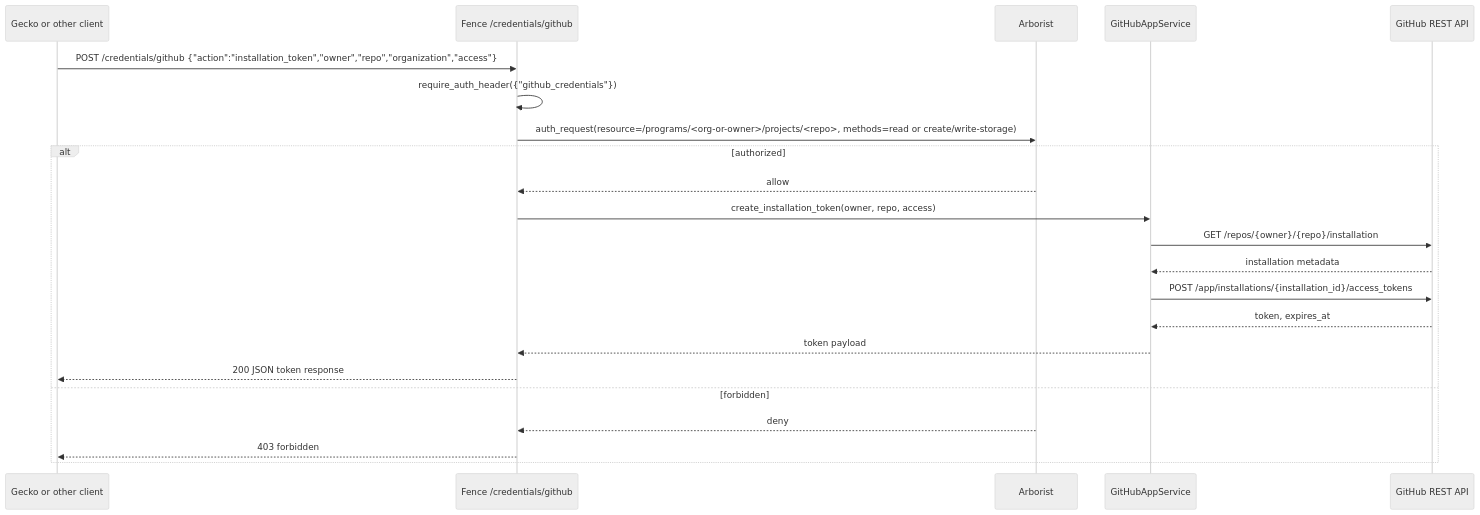
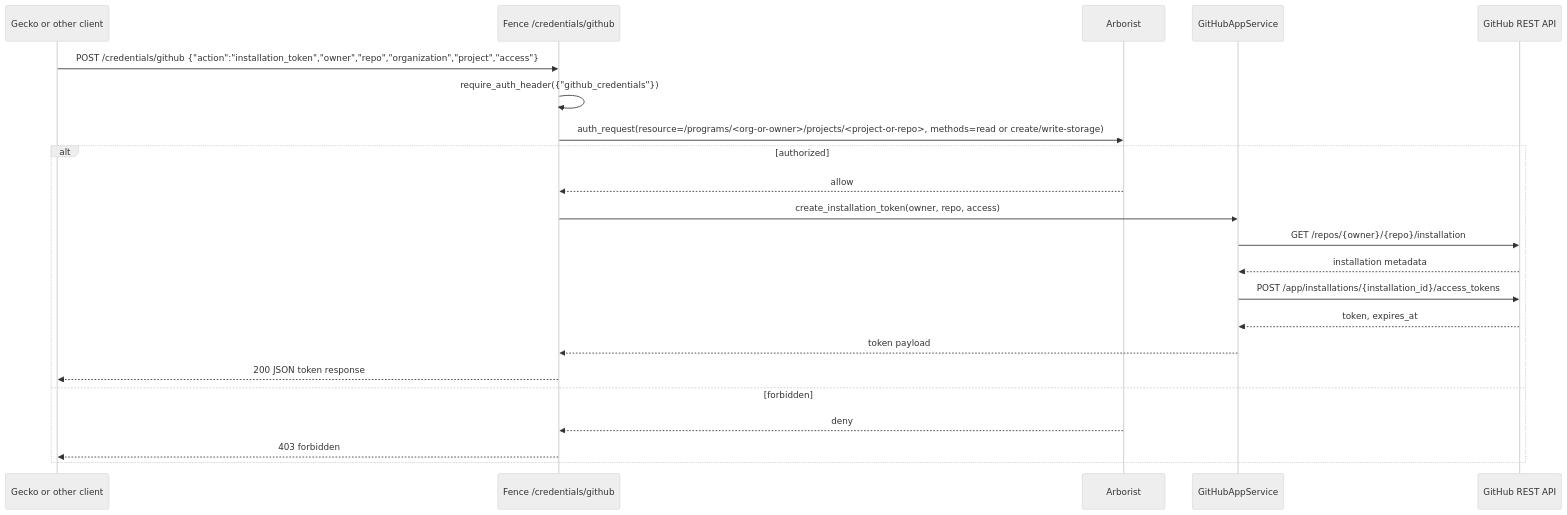
One commit to calypr/fence changed the third of 3 diagrams in docs/additional_documentation/userinfo_authz_snapshot_cache.md. Above: the diagram before and after it, drawn with Mermaid (neutral theme). The commit also changed other lines of this file and 3 other files, not shown here.

````diff
--- a/docs/additional_documentation/userinfo_authz_snapshot_cache.md
+++ b/docs/additional_documentation/userinfo_authz_snapshot_cache.md
@@ -214,26 +214,26 @@
 ```mermaid
 sequenceDiagram
     participant Client as Gecko or other client
     participant Fence as Fence /credentials/github
     participant Arborist
     participant GitHubSvc as GitHubAppService
     participant GitHub as GitHub REST API
 
-    Client->>Fence: POST /credentials/github {"action":"installation_token","owner","repo","organization","access"}
+    Client->>Fence: POST /credentials/github {"action":"installation_token","owner","repo","organization","project","access"}
     Fence->>Fence: require_auth_header({"github_credentials"})
-    Fence->>Arborist: auth_request(resource=/programs/<org-or-owner>/projects/<repo>, methods=read or create/write-storage)
+    Fence->>Arborist: auth_request(resource=/programs/<org-or-owner>/projects/<project-or-repo>, methods=read or create/write-storage)
 
     alt authorized
         Arborist-->>Fence: allow
         Fence->>GitHubSvc: create_installation_token(owner, repo, access)
         GitHubSvc->>GitHub: GET /repos/{owner}/{repo}/installation
         GitHub-->>GitHubSvc: installation metadata
         GitHubSvc->>GitHub: POST /app/installations/{installation_id}/access_tokens
         GitHub-->>GitHubSvc: token, expires_at
         GitHubSvc-->>Fence: token payload
         Fence-->>Client: 200 JSON token response
     else forbidden
         Arborist-->>Fence: deny
         Fence-->>Client: 403 forbidden
     end
 ```
````
